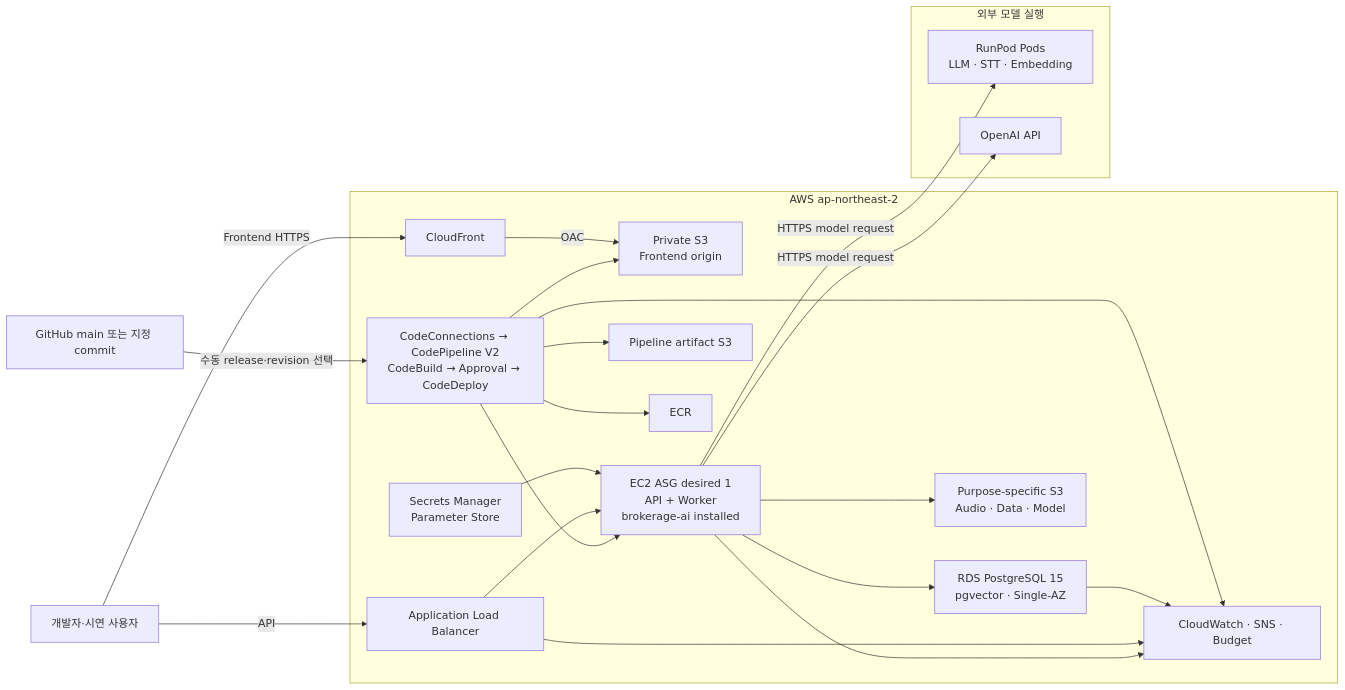
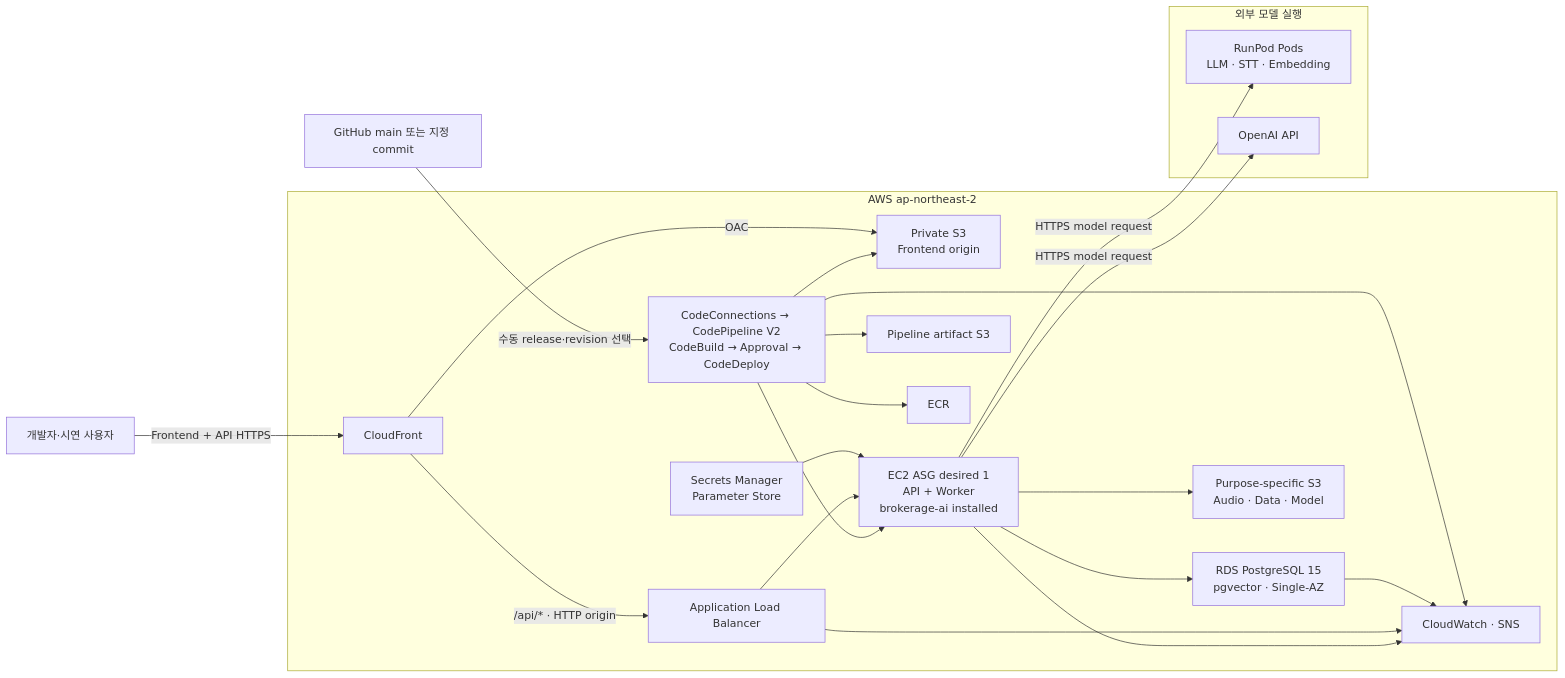
The first of 3 diagrams in docs/architecture/infra/overview.md (SKNETWORKS-FAMILY-AICAMP/SKN30-FINAL-3Team), drawn with Mermaid before and after one commit. The commit also changed other lines of this file and 38 other files, not shown here.

````diff
--- a/docs/architecture/infra/overview.md
+++ b/docs/architecture/infra/overview.md
@@ -65,43 +65,43 @@
 ```mermaid
 flowchart LR
     user["개발자·시연 사용자"]
     github["GitHub main 또는 지정 commit"]
 
     subgraph aws["AWS ap-northeast-2"]
         cf["CloudFront"]
         webS3["Private S3\nFrontend origin"]
         alb["Application Load Balancer"]
         ec2["EC2 ASG desired 1\nAPI + Worker\nbrokerage-ai installed"]
         rds["RDS PostgreSQL 15\npgvector · Single-AZ"]
         dataS3["Purpose-specific S3\nAudio · Data · Model"]
-        obs["CloudWatch · SNS · Budget"]
+        obs["CloudWatch · SNS"]
         secret["Secrets Manager\nParameter Store"]
         pipeline["CodeConnections → CodePipeline V2\nCodeBuild → Approval → CodeDeploy"]
         artifact["Pipeline artifact S3"]
         ecr["ECR"]
     end
 
     subgraph external["외부 모델 실행"]
         runpod["RunPod Pods\nLLM · STT · Embedding"]
         openai["OpenAI API"]
     end
 
     github -->|"수동 release·revision 선택"| pipeline
     pipeline --> artifact
     pipeline --> ecr
     pipeline --> webS3
     pipeline --> ec2
-    user -->|"Frontend HTTPS"| cf
+    user -->|"Frontend + API HTTPS"| cf
     cf -->|"OAC"| webS3
-    user -->|"API"| alb
+    cf -->|"/api/* · HTTP origin"| alb
     alb --> ec2
     ec2 --> rds
     ec2 --> dataS3
     ec2 -->|"HTTPS model request"| runpod
     ec2 -->|"HTTPS model request"| openai
     secret --> ec2
     ec2 --> obs
     alb --> obs
     rds --> obs
     pipeline --> obs
 ```
````
